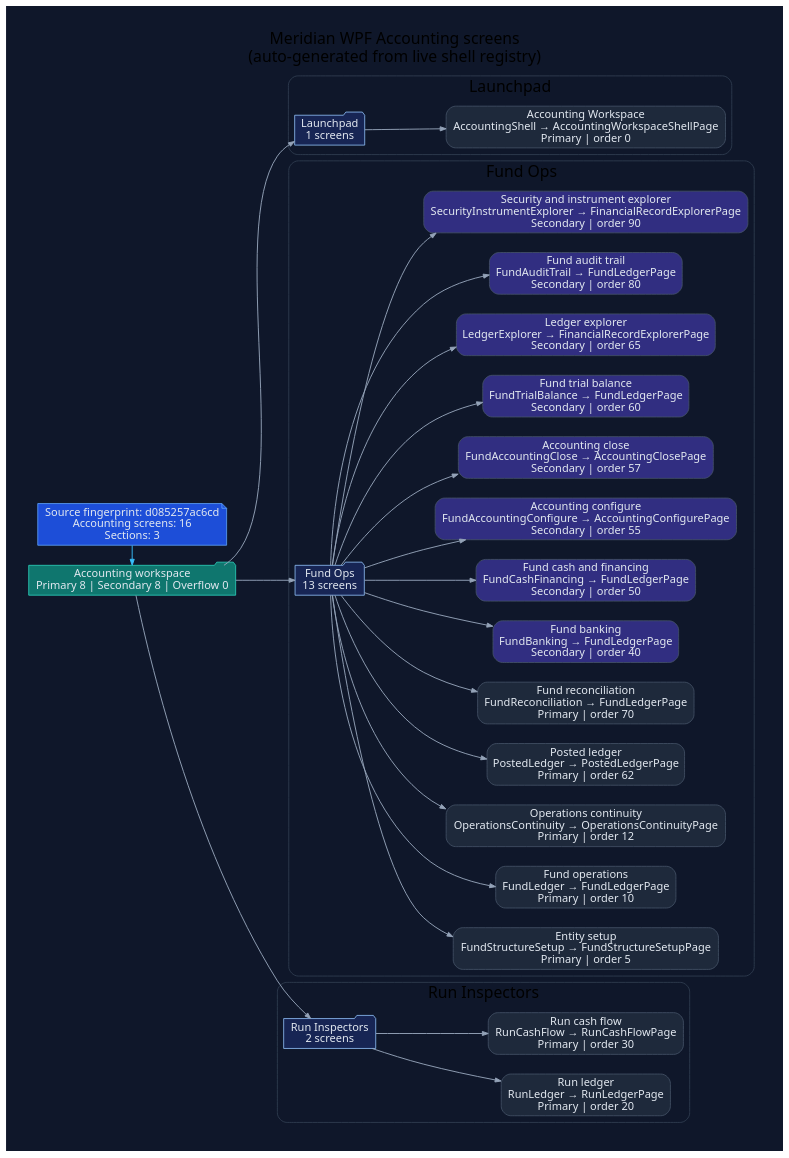
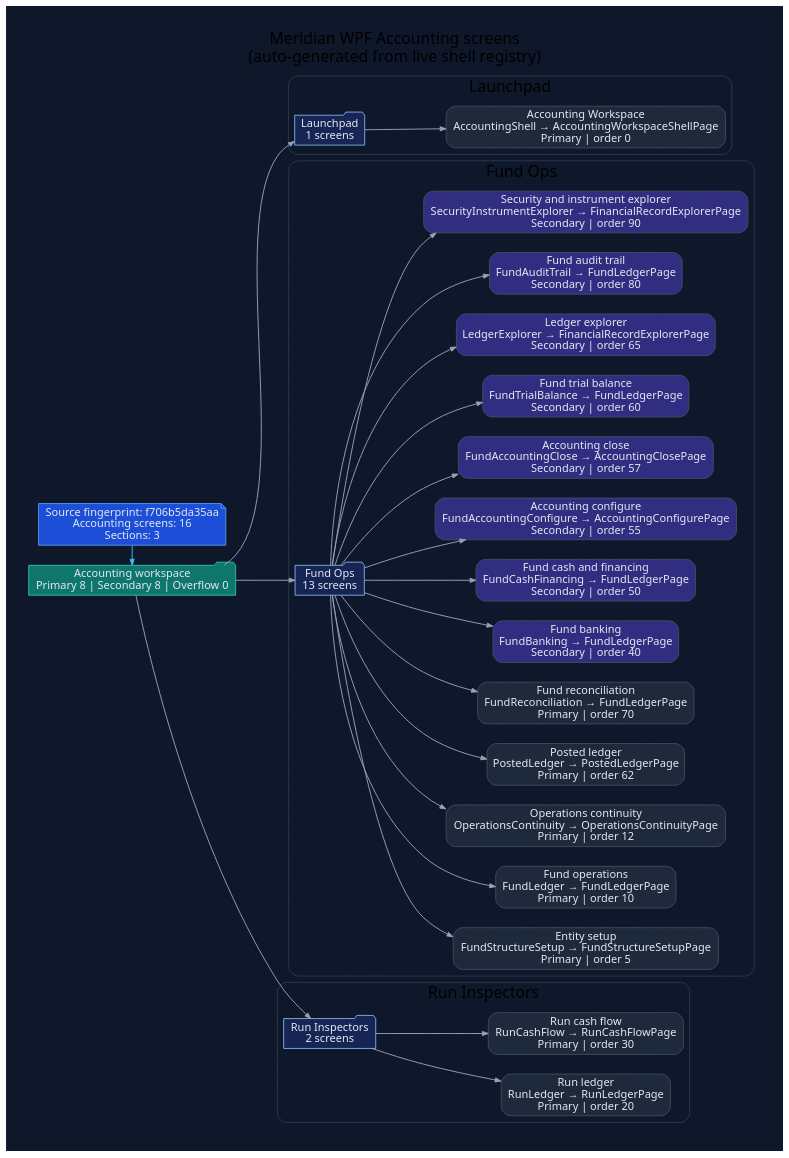
The diagram in docs/diagrams/ui-wpf-screens-accounting.dot (rodoHasArrived/Meridian-main), drawn with Graphviz before and after one commit. The commit also changed 430 other files, not shown here.

```diff
--- a/docs/diagrams/ui-wpf-screens-accounting.dot
+++ b/docs/diagrams/ui-wpf-screens-accounting.dot
@@ -1,82 +1,82 @@
 // -----------------------------------------------------------------------------
 // <auto-generated>
 // Generated by scripts/generate-diagrams.mjs.
 // Do not edit this file directly; update the WPF source files instead.
 // -----------------------------------------------------------------------------
 digraph WpfAccountingScreens {
   graph [
     rankdir=LR,
     labelloc=t,
     label="Meridian WPF Accounting screens\n(auto-generated from live shell registry)",
     fontname="Segoe UI",
     fontsize=20,
     pad=0.4,
     nodesep=0.35,
     ranksep=0.85,
     bgcolor="#0f172a"
   ];
   node [fontname="Segoe UI", shape=box, style="rounded,filled", color="#475569", fontcolor="#e2e8f0", fillcolor="#1e293b"];
   edge [fontname="Segoe UI", color="#94a3b8", penwidth=1.2, arrowsize=0.75];
 
-  generated [shape=note, fillcolor="#1d4ed8", color="#60a5fa", label="Source fingerprint: d085257ac6cd\nAccounting screens: 16\nSections: 3"];
+  generated [shape=note, fillcolor="#1d4ed8", color="#60a5fa", label="Source fingerprint: f706b5da35aa\nAccounting screens: 16\nSections: 3"];
   workspace [shape=folder, fillcolor="#0f766e", color="#2dd4bf", label="Accounting workspace\nPrimary 8 | Secondary 8 | Overflow 0"];
   generated -> workspace [color="#38bdf8"];
 
   subgraph cluster_section_1 {
     label="Launchpad";
     color="#334155";
     style="rounded";
     section_1 [shape=folder, fillcolor="#172554", color="#93c5fd", label="Launchpad\n1 screens"];
     workspace -> section_1;
     screen_AccountingShell [fillcolor="#1e293b", label="Accounting Workspace\nAccountingShell → AccountingWorkspaceShellPage\nPrimary | order 0"];
     section_1 -> screen_AccountingShell;
   }
 
   subgraph cluster_section_2 {
     label="Fund Ops";
     color="#334155";
     style="rounded";
     section_2 [shape=folder, fillcolor="#172554", color="#93c5fd", label="Fund Ops\n13 screens"];
     workspace -> section_2;
     screen_FundStructureSetup [fillcolor="#1e293b", label="Entity setup\nFundStructureSetup → FundStructureSetupPage\nPrimary | order 5"];
     section_2 -> screen_FundStructureSetup;
     screen_FundLedger [fillcolor="#1e293b", label="Fund operations\nFundLedger → FundLedgerPage\nPrimary | order 10"];
     section_2 -> screen_FundLedger;
     screen_OperationsContinuity [fillcolor="#1e293b", label="Operations continuity\nOperationsContinuity → OperationsContinuityPage\nPrimary | order 12"];
     section_2 -> screen_OperationsContinuity;
     screen_PostedLedger [fillcolor="#1e293b", label="Posted ledger\nPostedLedger → PostedLedgerPage\nPrimary | order 62"];
     section_2 -> screen_PostedLedger;
     screen_FundReconciliation [fillcolor="#1e293b", label="Fund reconciliation\nFundReconciliation → FundLedgerPage\nPrimary | order 70"];
     section_2 -> screen_FundReconciliation;
     screen_FundBanking [fillcolor="#312e81", label="Fund banking\nFundBanking → FundLedgerPage\nSecondary | order 40"];
     section_2 -> screen_FundBanking;
     screen_FundCashFinancing [fillcolor="#312e81", label="Fund cash and financing\nFundCashFinancing → FundLedgerPage\nSecondary | order 50"];
     section_2 -> screen_FundCashFinancing;
     screen_FundAccountingConfigure [fillcolor="#312e81", label="Accounting configure\nFundAccountingConfigure → AccountingConfigurePage\nSecondary | order 55"];
     section_2 -> screen_FundAccountingConfigure;
     screen_FundAccountingClose [fillcolor="#312e81", label="Accounting close\nFundAccountingClose → AccountingClosePage\nSecondary | order 57"];
     section_2 -> screen_FundAccountingClose;
     screen_FundTrialBalance [fillcolor="#312e81", label="Fund trial balance\nFundTrialBalance → FundLedgerPage\nSecondary | order 60"];
     section_2 -> screen_FundTrialBalance;
     screen_LedgerExplorer [fillcolor="#312e81", label="Ledger explorer\nLedgerExplorer → FinancialRecordExplorerPage\nSecondary | order 65"];
     section_2 -> screen_LedgerExplorer;
     screen_FundAuditTrail [fillcolor="#312e81", label="Fund audit trail\nFundAuditTrail → FundLedgerPage\nSecondary | order 80"];
     section_2 -> screen_FundAuditTrail;
     screen_SecurityInstrumentExplorer [fillcolor="#312e81", label="Security and instrument explorer\nSecurityInstrumentExplorer → FinancialRecordExplorerPage\nSecondary | order 90"];
     section_2 -> screen_SecurityInstrumentExplorer;
   }
 
   subgraph cluster_section_3 {
     label="Run Inspectors";
     color="#334155";
     style="rounded";
     section_3 [shape=folder, fillcolor="#172554", color="#93c5fd", label="Run Inspectors\n2 screens"];
     workspace -> section_3;
     screen_RunLedger [fillcolor="#1e293b", label="Run ledger\nRunLedger → RunLedgerPage\nPrimary | order 20"];
     section_3 -> screen_RunLedger;
     screen_RunCashFlow [fillcolor="#1e293b", label="Run cash flow\nRunCashFlow → RunCashFlowPage\nPrimary | order 30"];
     section_3 -> screen_RunCashFlow;
   }
 
   { rank=min; generated; workspace; }
 }
```
